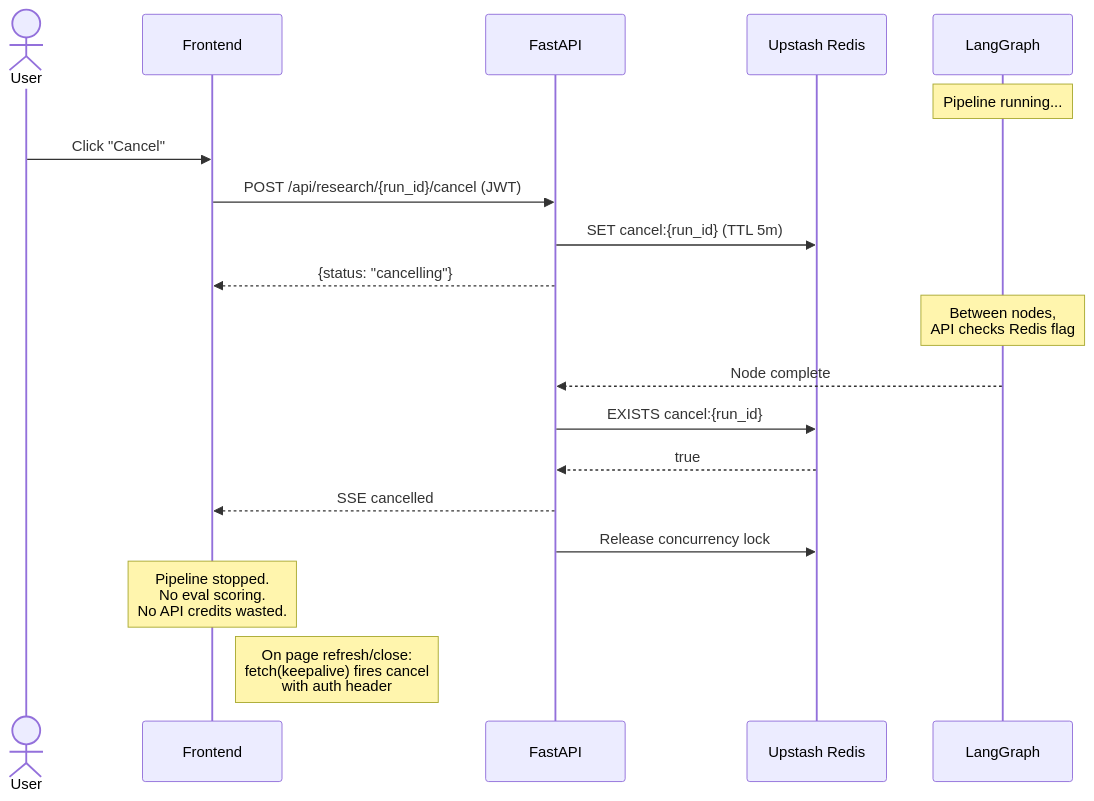
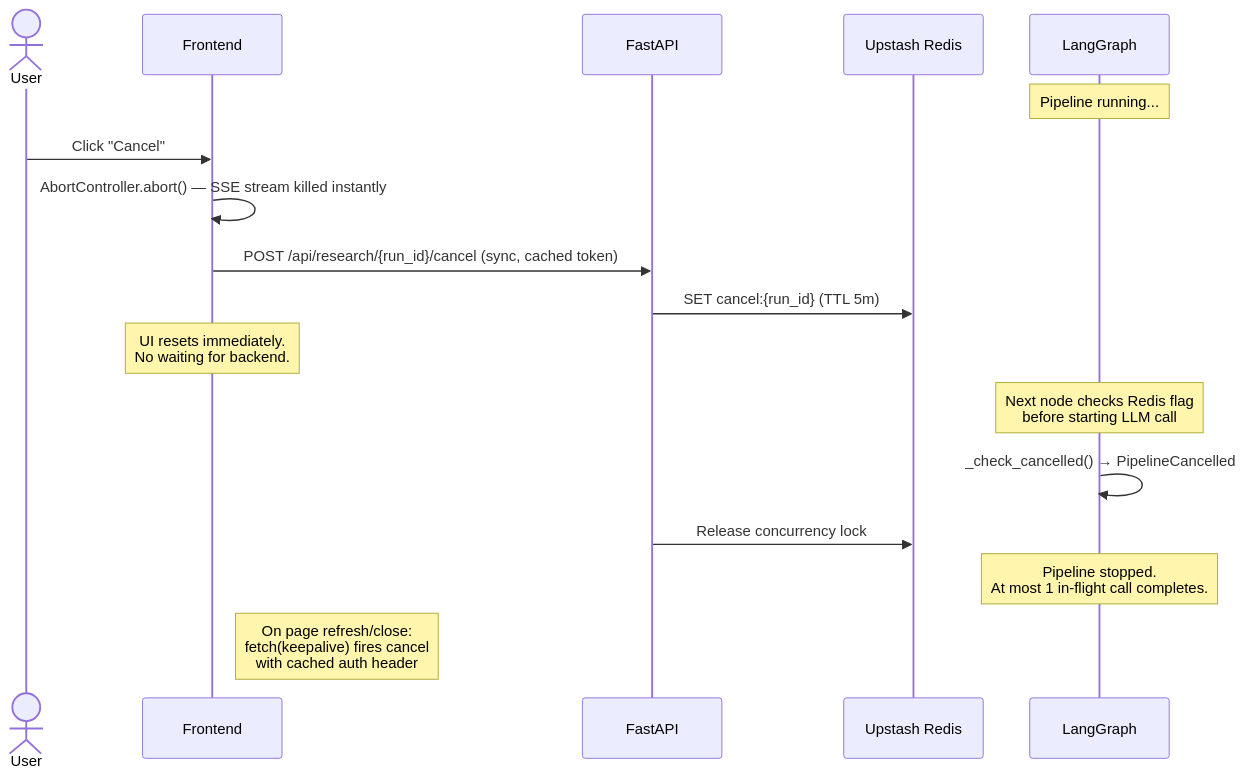
Before and after one commit to valyndsilva/lumen: the fifth of 7 diagrams in README.md, drawn with Mermaid. The commit also changed other lines of this file and 4 other files, not shown here.

First line of the commit message:
Clean cancellation: AbortController + sync cancel POST, fix layout shift

````diff
--- a/README.md
+++ b/README.md
@@ -456,27 +456,26 @@
 ```mermaid
 sequenceDiagram
     actor User
     participant FE as Frontend
     participant API as FastAPI
     participant Redis as Upstash Redis
     participant Graph as LangGraph
 
     Note over Graph: Pipeline running...
 
     User->>FE: Click "Cancel"
-    FE->>API: POST /api/research/{run_id}/cancel (JWT)
+    FE->>FE: AbortController.abort() — SSE stream killed instantly
+    FE->>API: POST /api/research/{run_id}/cancel (sync, cached token)
     API->>Redis: SET cancel:{run_id} (TTL 5m)
-    API-->>FE: {status: "cancelling"}
 
-    Note over Graph: Between nodes,<br/>API checks Redis flag
+    Note over FE: UI resets immediately.<br/>No waiting for backend.
 
-    Graph-->>API: Node complete
-    API->>Redis: EXISTS cancel:{run_id}
-    Redis-->>API: true
-    API-->>FE: SSE cancelled
+    Note over Graph: Next node checks Redis flag<br/>before starting LLM call
+
+    Graph->>Graph: _check_cancelled() → PipelineCancelled
     API->>Redis: Release concurrency lock
 
-    Note over FE: Pipeline stopped.<br/>No eval scoring.<br/>No API credits wasted.
+    Note over Graph: Pipeline stopped.<br/>At most 1 in-flight call completes.
 
-    Note right of FE: On page refresh/close:<br/>fetch(keepalive) fires cancel<br/>with auth header
+    Note right of FE: On page refresh/close:<br/>fetch(keepalive) fires cancel<br/>with cached auth header
 ```
````
